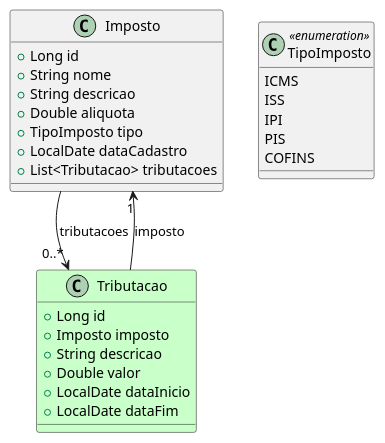
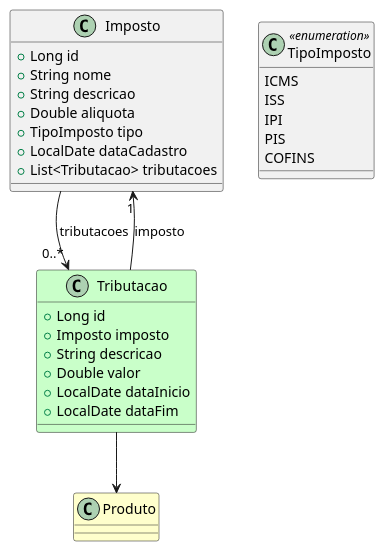
Before and after one commit to 20241-ifba-saj-ads-pweb/blog-material-aula: the seventh of 11 diagrams in src/posts/14_trabalho.md, drawn with PlantUML. The commit also changed other lines of this file, not shown here.

````diff
--- a/src/posts/14_trabalho.md
+++ b/src/posts/14_trabalho.md
@@ -468,34 +437,39 @@
 ```plantuml
 @startuml
 class Imposto {
     + Long id
     + String nome
     + String descricao
     + Double aliquota
     + TipoImposto tipo
     + LocalDate dataCadastro
     + List<Tributacao> tributacoes
 }
 
 class Tributacao #Technology{
     + Long id
     + Imposto imposto
     + String descricao
     + Double valor
     + LocalDate dataInicio
     + LocalDate dataFim
 }
 
+class Produto #Business{
+
+}
+
 class TipoImposto <<enumeration>> {
     ICMS
     ISS
     IPI
     PIS
     COFINS
 }
 
 Imposto --> "0..*" Tributacao : tributacoes
 Tributacao --> "1" Imposto : imposto
+Tributacao --> Produto
 @enduml
 
 ```
````
